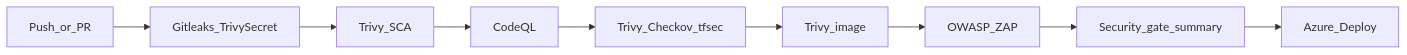
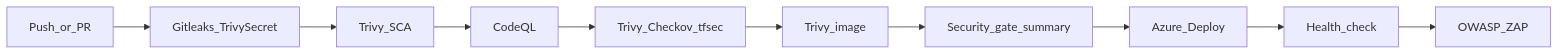
Before and after one commit to gindriliunas/crypto-trading: the diagram in docs/devsecops-pipeline.md, drawn with Mermaid. The commit also changed other lines of this file and 8 other files, not shown here.

First line of the commit message:
Add Key Vault MI secrets, post-deploy ZAP, and STRIDE model.

````diff
--- a/docs/devsecops-pipeline.md
+++ b/docs/devsecops-pipeline.md
@@ -22,11 +25,12 @@
 ```mermaid
 flowchart LR
   push[Push_or_PR] --> secrets[Gitleaks_TrivySecret]
   secrets --> sca[Trivy_SCA]
   sca --> sast[CodeQL]
   sast --> iac[Trivy_Checkov_tfsec]
   iac --> img[Trivy_image]
-  img --> dast[OWASP_ZAP]
-  dast --> gate[Security_gate_summary]
+  img --> gate[Security_gate_summary]
   gate --> deploy[Azure_Deploy]
+  deploy --> health[Health_check]
+  health --> dast[OWASP_ZAP]
 ```
````
